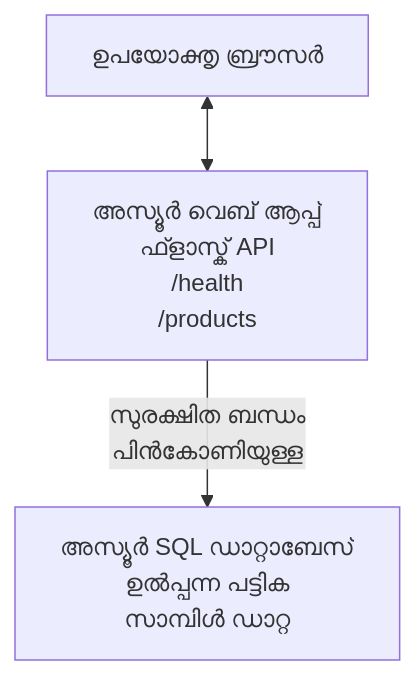
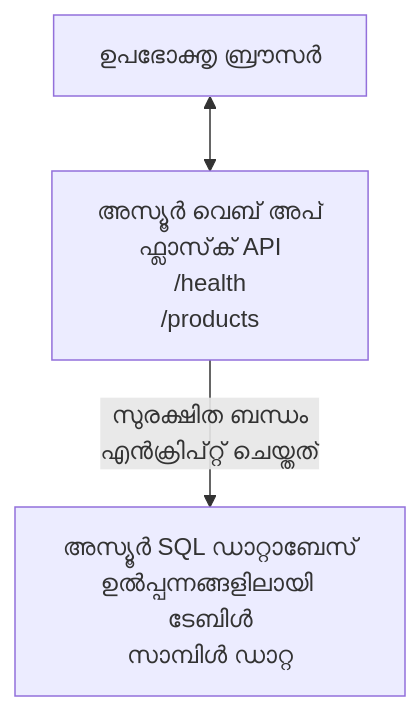
One commit to microsoft/AZD-for-beginners changed the diagram in translations/ml/examples/database-app/README.md. Above: the diagram before and after it, drawn with Mermaid. The commit also changed other lines of this file and 104 other files, not shown here.

````diff
--- a/translations/ml/examples/database-app/README.md
+++ b/translations/ml/examples/database-app/README.md
@@ -72,5 +72,5 @@
 ```mermaid
 graph TD
-    Browser[ഉപയോക്തൃ ബ്രൗസർ] <--> WebApp[അസ്യൂർ വെബ് ആപ്പ്<br/>ഫ്ളാസ്ക് API<br/>/health<br/>/products]
-    WebApp -- സുരക്ഷിത ബന്ധം<br/>പിൻകോണിയുള്ള --> SQL[അസ്യൂർ SQL ഡാറ്റാബേസ്<br/>ഉൽപ്പന്ന പട്ടിക<br/>സാമ്പിൾ ഡാറ്റ]
+    Browser[ഉപഭോക്തൃ ബ്രൗസർ] <--> WebApp[അസ്യൂർ വെബ് അപ്<br/>ഫ്ലാസ്‌ക് API<br/>/health<br/>/products]
+    WebApp -- സുരക്ഷിത ബന്ധം<br/>എൻക്രിപ്റ്റ് ചെയ്തത് --> SQL[അസ്യൂർ SQL ഡാറ്റാബേസ്<br/>ഉൽപ്പന്നങ്ങളിലായി ടേബിൾ<br/>സാമ്പിൾ ഡാറ്റ]
 ```
````
